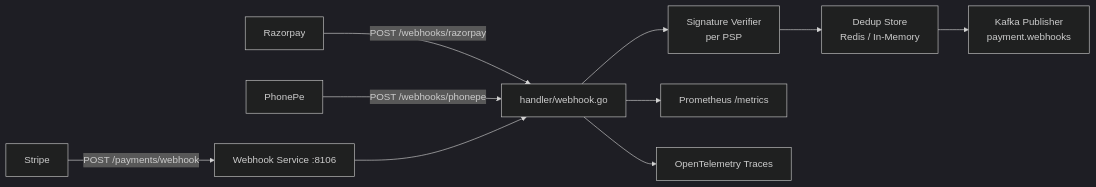
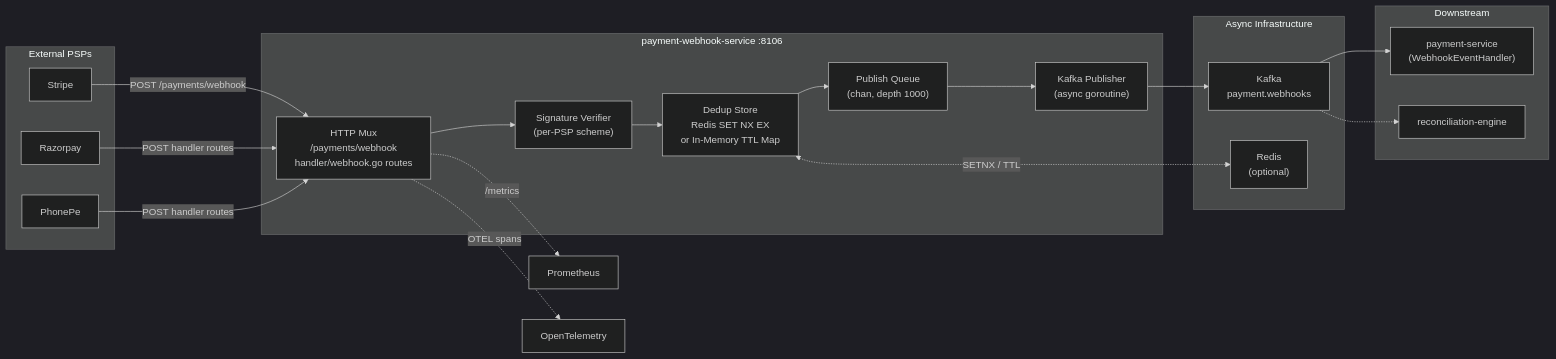
The first of 5 diagrams in services/payment-webhook-service/README.md (sunitakeazycommerz-a11y/InstaCommerce), drawn with Mermaid (dark theme) before and after one commit. The commit also changed other lines of this file and 554 other files, not shown here.

````diff
--- a/services/payment-webhook-service/README.md
+++ b/services/payment-webhook-service/README.md
@@ -9,12 +57,40 @@
 ```mermaid
 graph LR
-    STRIPE[Stripe] -->|POST /payments/webhook| WS[Webhook Service :8106]
-    RAZOR[Razorpay] -->|POST /webhooks/razorpay| WH[handler/webhook.go]
-    PHONE[PhonePe] -->|POST /webhooks/phonepe| WH
-    WS --> WH
-    WH --> VER[Signature Verifier<br/>per PSP]
-    VER --> DED[Dedup Store<br/>Redis / In-Memory]
-    DED --> KP[Kafka Publisher<br/>payment.webhooks]
-    WH --> PROM[Prometheus /metrics]
-    WH --> OTEL[OpenTelemetry Traces]
+    subgraph External PSPs
+        STRIPE[Stripe]
+        RAZORPAY[Razorpay]
+        PHONEPE[PhonePe]
+    end
+
+    subgraph payment-webhook-service :8106
+        MUX["HTTP Mux<br/>/payments/webhook<br/>handler/webhook.go routes"]
+        SIG["Signature Verifier<br/>(per-PSP scheme)"]
+        DEDUP["Dedup Store<br/>Redis SET NX EX<br/>or In-Memory TTL Map"]
+        PQ["Publish Queue<br/>(chan, depth 1000)"]
+        PUB["Kafka Publisher<br/>(async goroutine)"]
+    end
+
+    subgraph Async Infrastructure
+        KAFKA["Kafka<br/>payment.webhooks"]
+        REDIS["Redis<br/>(optional)"]
+    end
+
+    subgraph Downstream
+        PAYSVC["payment-service<br/>(WebhookEventHandler)"]
+        RECON["reconciliation-engine"]
+    end
+
+    STRIPE -->|POST /payments/webhook| MUX
+    RAZORPAY -->|POST handler routes| MUX
+    PHONEPE -->|POST handler routes| MUX
+    MUX --> SIG
+    SIG --> DEDUP
+    DEDUP <-.->|SETNX / TTL| REDIS
+    DEDUP --> PQ
+    PQ --> PUB
+    PUB --> KAFKA
+    KAFKA --> PAYSVC
+    KAFKA -.-> RECON
+    MUX -.->|/metrics| PROM[Prometheus]
+    MUX -.->|OTEL spans| OTEL[OpenTelemetry]
 ```
````
